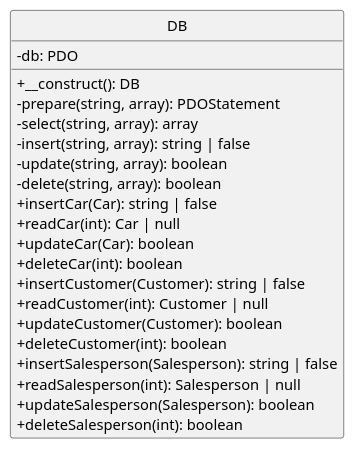
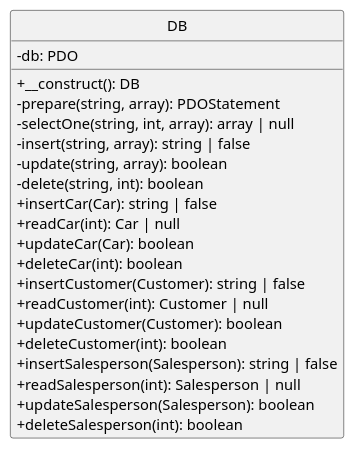
One commit to luke-hamann/stc-cis-266-scrum-3 changed the diagram in Scrum3_Team_X/Provider_X/Diagrams/DB.puml. Above: the diagram before and after it, drawn with PlantUML. The commit also changed 1 other file, not shown here.

Commit message:
Update DB UML diagram

```diff
--- a/Scrum3_Team_X/Provider_X/Diagrams/DB.puml
+++ b/Scrum3_Team_X/Provider_X/Diagrams/DB.puml
@@ -1,26 +1,26 @@
 @startuml
 hide circle
 skinparam classAttributeIconSize 0
 
 class DB {
     - db: PDO
     + __construct(): DB
     - prepare(string, array): PDOStatement
-    - select(string, array): array
+    - selectOne(string, int, array): array | null
     - insert(string, array): string | false
     - update(string, array): boolean
-    - delete(string, array): boolean
+    - delete(string, int): boolean
     + insertCar(Car): string | false
     + readCar(int): Car | null
     + updateCar(Car): boolean
     + deleteCar(int): boolean
     + insertCustomer(Customer): string | false
     + readCustomer(int): Customer | null
     + updateCustomer(Customer): boolean
     + deleteCustomer(int): boolean
     + insertSalesperson(Salesperson): string | false
     + readSalesperson(int): Salesperson | null
     + updateSalesperson(Salesperson): boolean
     + deleteSalesperson(int): boolean
 }
 @enduml
```
